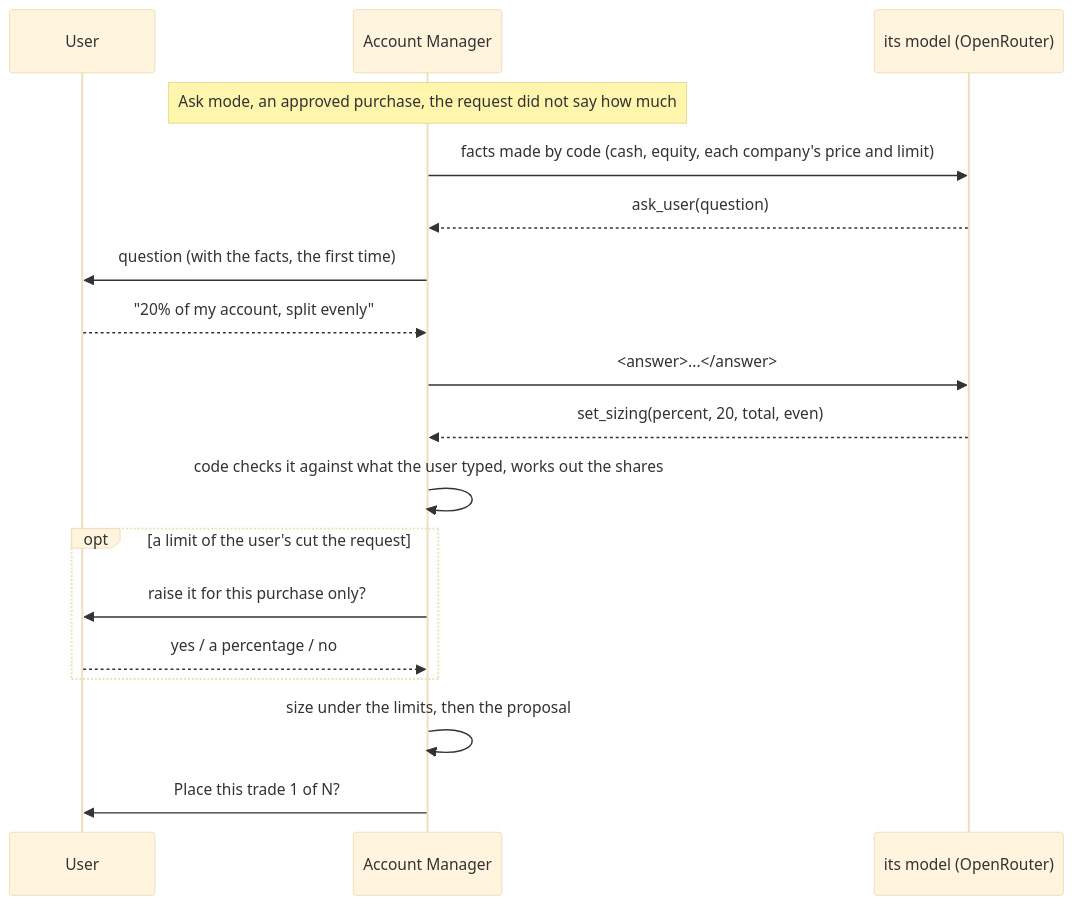
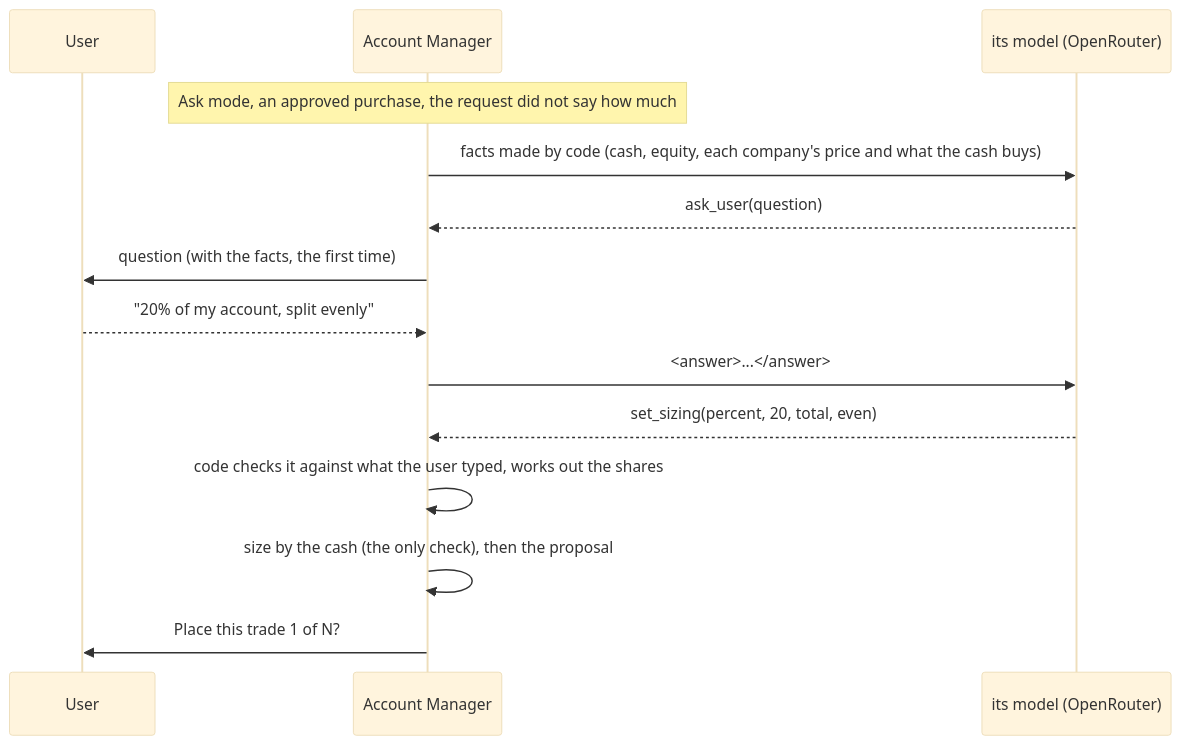
The fifth of 6 diagrams in design/week6_updated_design.md (jpyrett/prometheus), drawn with Mermaid (base theme) before and after one commit. The commit also changed other lines of this file and 163 other files, not shown here.

````diff
--- a/design/week6_updated_design.md
+++ b/design/week6_updated_design.md
@@ -106,20 +203,16 @@
 ```mermaid
 sequenceDiagram
     participant U as User
     participant A as Account Manager
     participant M as its model (OpenRouter)
     Note over A: Ask mode, an approved purchase, the request did not say how much
-    A->>M: facts made by code (cash, equity, each company's price and limit)
+    A->>M: facts made by code (cash, equity, each company's price and what the cash buys)
     M-->>A: ask_user(question)
     A->>U: question (with the facts, the first time)
     U-->>A: "20% of my account, split evenly"
     A->>M: <answer>...</answer>
     M-->>A: set_sizing(percent, 20, total, even)
     A->>A: code checks it against what the user typed, works out the shares
-    opt a limit of the user's cut the request
-        A->>U: raise it for this purchase only?
-        U-->>A: yes / a percentage / no
-    end
-    A->>A: size under the limits, then the proposal
+    A->>A: size by the cash (the only check), then the proposal
     A->>U: Place this trade 1 of N?
 ```
````
